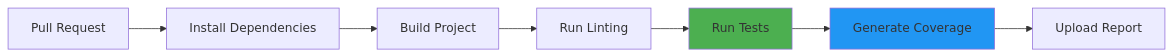
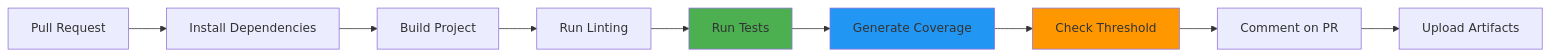
One commit to ausardcompany/alexi changed the sixth of 6 diagrams in docs/TESTING.md. Above: the diagram before and after it, drawn with Mermaid. The commit also changed other lines of this file and 3 other files, not shown here.

````diff
--- a/docs/TESTING.md
+++ b/docs/TESTING.md
@@ -523,12 +630,15 @@
 ```mermaid
 graph LR
     PR[Pull Request] --> Install[Install Dependencies]
     Install --> Build[Build Project]
     Build --> Lint[Run Linting]
     Lint --> Test[Run Tests]
     Test --> Coverage[Generate Coverage]
-    Coverage --> Report[Upload Report]
+    Coverage --> Threshold[Check Threshold]
+    Threshold --> Report[Comment on PR]
+    Report --> Artifacts[Upload Artifacts]
     
     style Test fill:#4CAF50
     style Coverage fill:#2196F3
+    style Threshold fill:#FF9800
 ```
````
